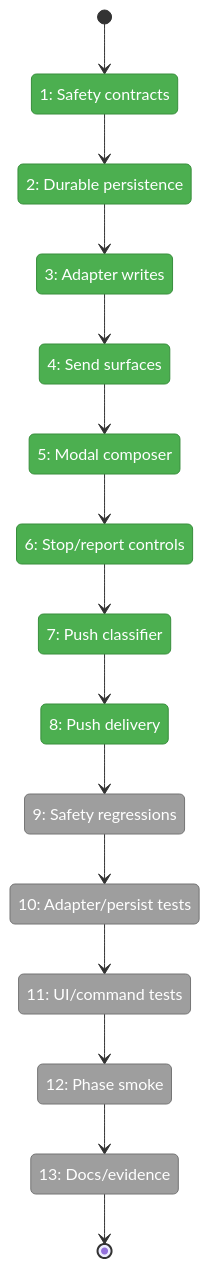
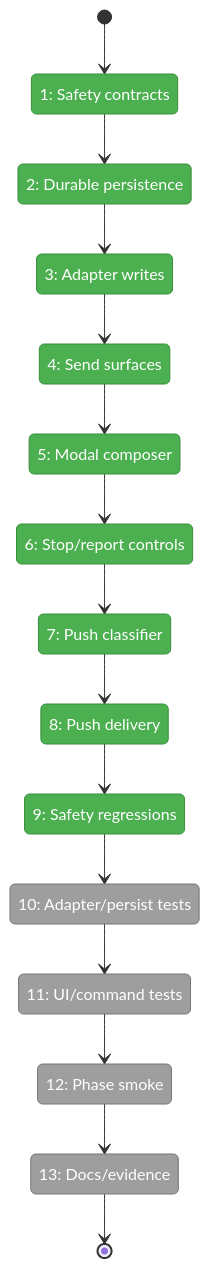
Before and after one commit to vaughanknight/pij: the first of 2 diagrams in docs/plans/007-options-for-pi-extensions-that-do-subagents/tasks/phase-3-interaction-push-context-and-hardening/tasks.fltplan.md, drawn with Mermaid. The commit also changed other lines of this file and 4 other files, not shown here.

````diff
--- a/docs/plans/007-options-for-pi-extensions-that-do-subagents/tasks/phase-3-interaction-push-context-and-hardening/tasks.fltplan.md
+++ b/docs/plans/007-options-for-pi-extensions-that-do-subagents/tasks/phase-3-interaction-push-context-and-hardening/tasks.fltplan.md
@@ -43,39 +43,39 @@
 ```mermaid
 stateDiagram-v2
     classDef pending fill:#9E9E9E,stroke:#757575,color:#fff
     classDef active fill:#FFC107,stroke:#FFA000,color:#000
     classDef done fill:#4CAF50,stroke:#388E3C,color:#fff
     classDef blocked fill:#F44336,stroke:#D32F2F,color:#fff
 
     state "1: Safety contracts" as S1
     state "2: Durable persistence" as S2
     state "3: Adapter writes" as S3
     state "4: Send surfaces" as S4
     state "5: Modal composer" as S5
     state "6: Stop/report controls" as S6
     state "7: Push classifier" as S7
     state "8: Push delivery" as S8
     state "9: Safety regressions" as S9
     state "10: Adapter/persist tests" as S10
     state "11: UI/command tests" as S11
     state "12: Phase smoke" as S12
     state "13: Docs/evidence" as S13
 
     [*] --> S1
     S1 --> S2
     S2 --> S3
     S3 --> S4
     S4 --> S5
     S5 --> S6
     S6 --> S7
     S7 --> S8
     S8 --> S9
     S9 --> S10
     S10 --> S11
     S11 --> S12
     S12 --> S13
     S13 --> [*]
 
-    class S1,S2,S3,S4,S5,S6,S7,S8 done
-    class S9,S10,S11,S12,S13 pending
+    class S1,S2,S3,S4,S5,S6,S7,S8,S9 done
+    class S10,S11,S12,S13 pending
 ```
````
